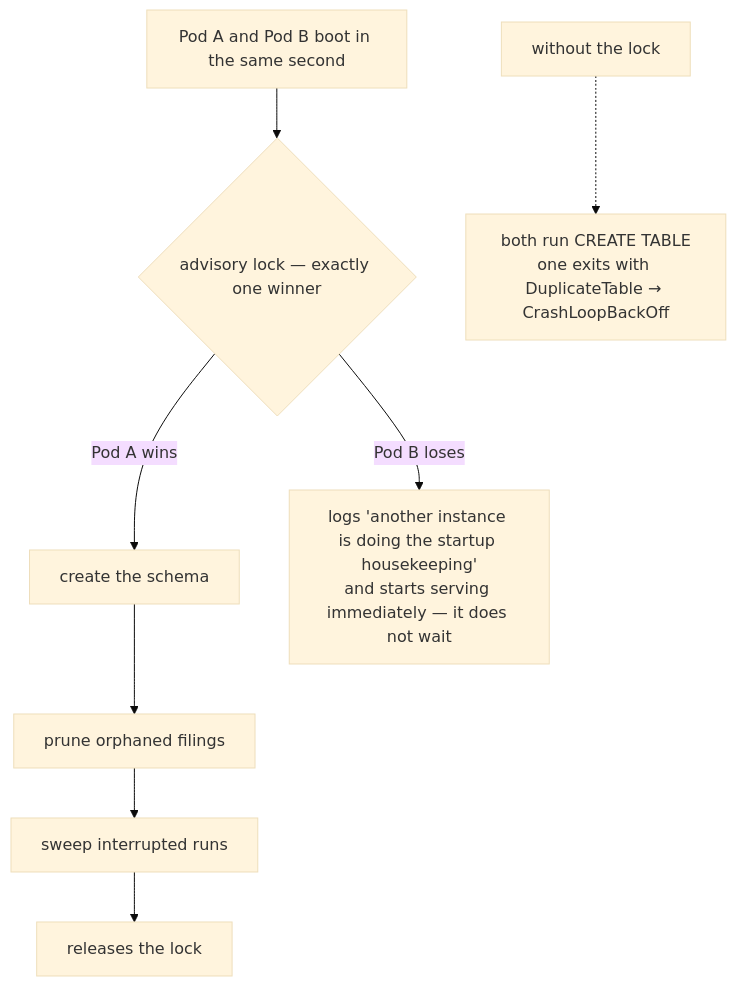
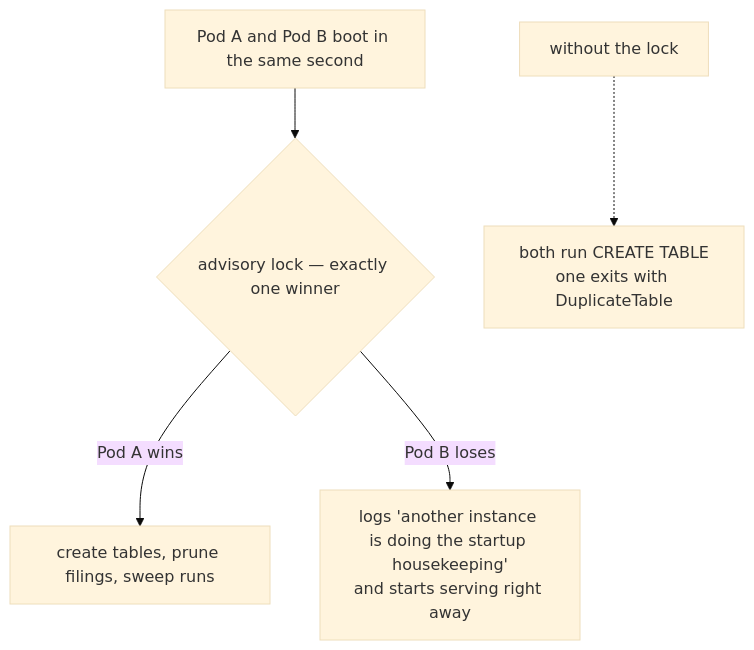
Diagram 12 of 15 in docs/TESTING-SCALING.md (selvakumarperumal/Corporate_Filing_Analyzer_Agent), drawn with Mermaid (base theme) before and after one commit. The commit also changed other lines of this file, not shown here.

Commit message:
docs: streamline scaling test guide with plain-language summaries, settings tables, and clear architectural diagrams

````diff
--- a/docs/TESTING-SCALING.md
+++ b/docs/TESTING-SCALING.md
@@ -806,10 +938,7 @@
 ```mermaid
 flowchart TB
   S["Pod A and Pod B boot in the same second"] --> L{"advisory lock — exactly one winner"}
-  L -->|"Pod A wins"| W1["create the schema"]
-  W1 --> W2["prune orphaned filings"]
-  W2 --> W3["sweep interrupted runs"]
-  W3 --> R["releases the lock"]
-  L -->|"Pod B loses"| SK["logs 'another instance is doing the startup housekeeping'<br/>and starts serving immediately — it does not wait"]
-  NL["without the lock"] -.-> XX["both run CREATE TABLE<br/>one exits with DuplicateTable → CrashLoopBackOff"]
+  L -->|"Pod A wins"| W["create tables, prune filings, sweep runs"]
+  L -->|"Pod B loses"| SK["logs 'another instance is doing the startup housekeeping'<br/>and starts serving right away"]
+  NL["without the lock"] -.-> XX["both run CREATE TABLE<br/>one exits with DuplicateTable"]
 ```
````
